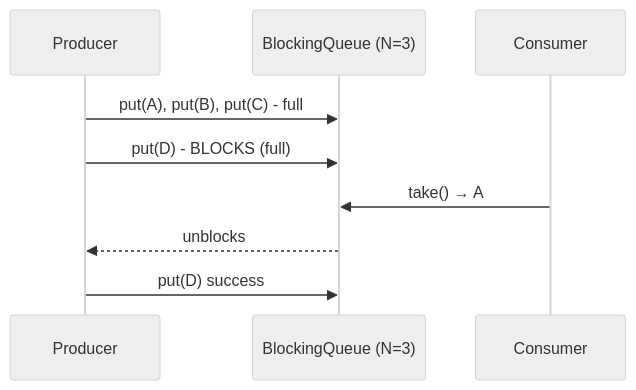
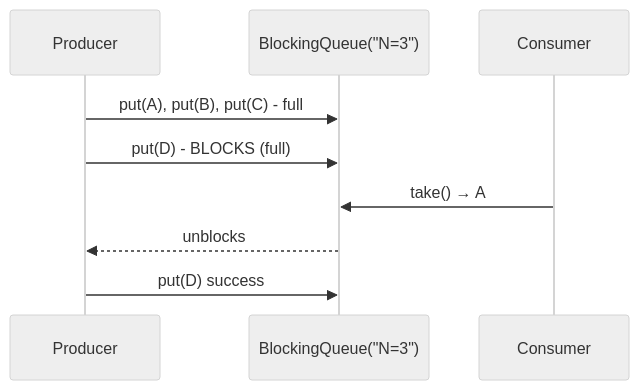
The diagram in content/questions/fundamentals/producer-consumer.md (pploc/swe-icon-the-moment), drawn with Mermaid (neutral theme) before and after one commit. The commit also changed 167 other files, not shown here.

````diff
--- a/content/questions/fundamentals/producer-consumer.md
+++ b/content/questions/fundamentals/producer-consumer.md
@@ -88,11 +88,12 @@
 ```mermaid
 sequenceDiagram
     participant P as Producer
-    participant Q as BlockingQueue (N=3)
+    participant Q as BlockingQueue("N=3")
     participant C as Consumer
     P->>Q: put(A), put(B), put(C) - full
     P->>Q: put(D) - BLOCKS (full)
     C->>Q: take() → A
     Q-->>P: unblocks
     P->>Q: put(D) success
+
 ```
````
